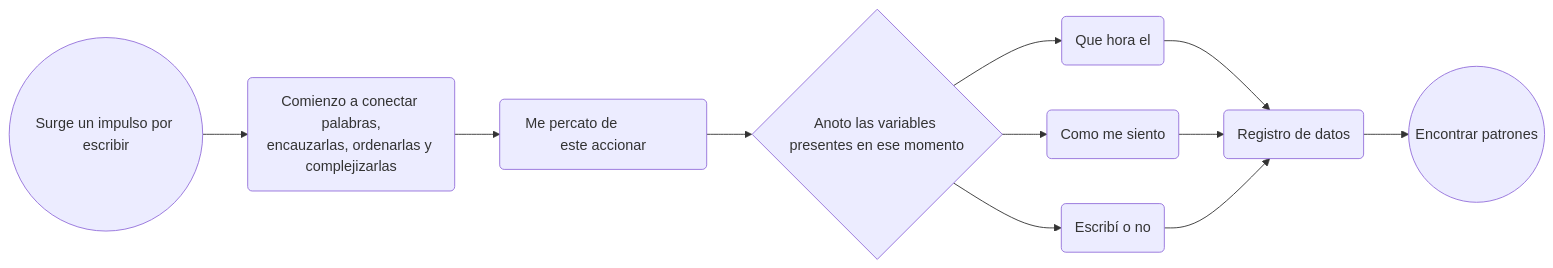
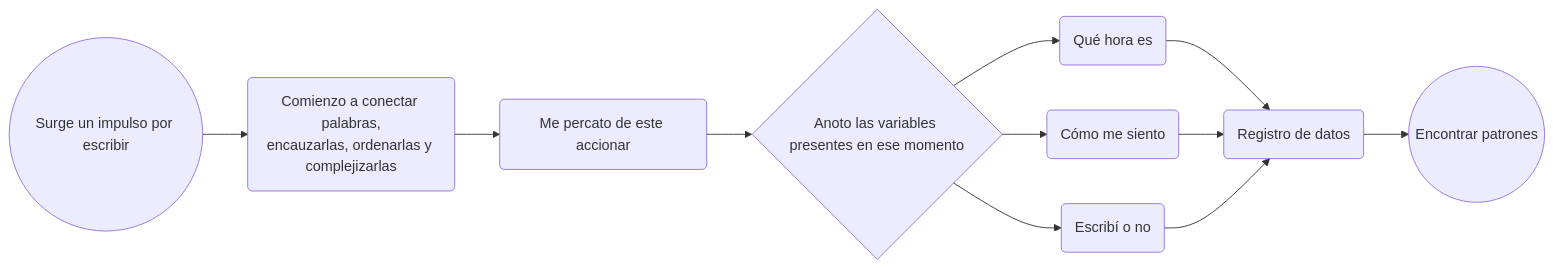
Before and after one commit to Bernardita-Jesus/bitacora-diseno-2026: the diagram in taller-visualizacion/escala-01/README.md, drawn with Mermaid. The commit also changed other lines of this file and 1 other file, not shown here.

````diff
--- a/taller-visualizacion/escala-01/README.md
+++ b/taller-visualizacion/escala-01/README.md
@@ -79,25 +79,25 @@
 ```mermaid
 ---
 config:
   theme: default
   look: classic
   layout: dagre
 ---
 flowchart LR
-    C["Comienzo a conectar palabras,<br>encauzarlas, ordenarlas y complejizarlas"] --> D["Me percato de                este accionar"]
-    F["Anoto las variables presentes en ese momento"] --> G["Que hora el"] & H["Como me siento"] & I["Escribí o no"]
+    C["Comienzo a conectar palabras,<br>encauzarlas, ordenarlas y complejizarlas"] --> D["Me percato de este accionar"]
+    F["Anoto las variables presentes en ese momento"] --> G["Qué hora es"] & H["Cómo me siento"] & I["Escribí o no"]
     G --> K["Registro de datos"]
     H --> K
     I --> K
     K --> L(("Encontrar patrones"))
     A(("Surge un impulso por escribir")) --> C
     D --> F
 
     C@{ shape: rounded}
     D@{ shape: rounded}
     F@{ shape: diam}
     G@{ shape: rounded}
     H@{ shape: rounded}
     I@{ shape: rounded}
     K@{ shape: rounded}
 ```
````
